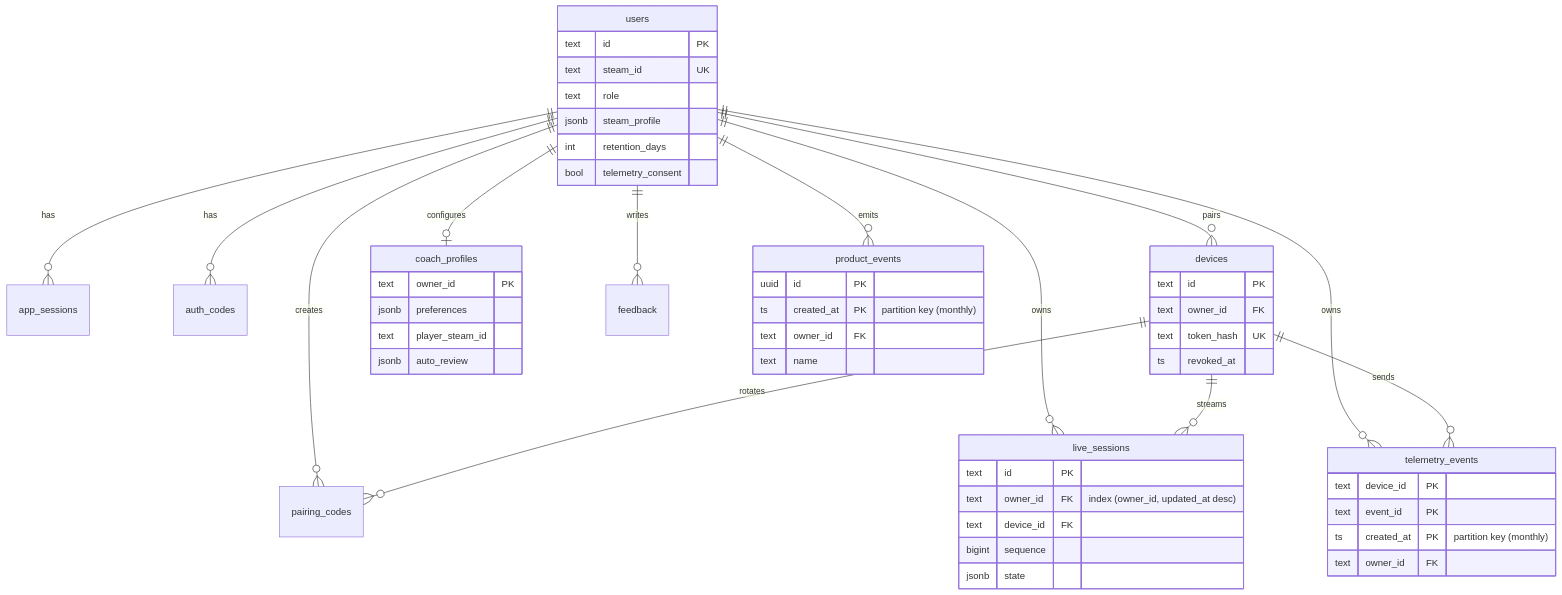
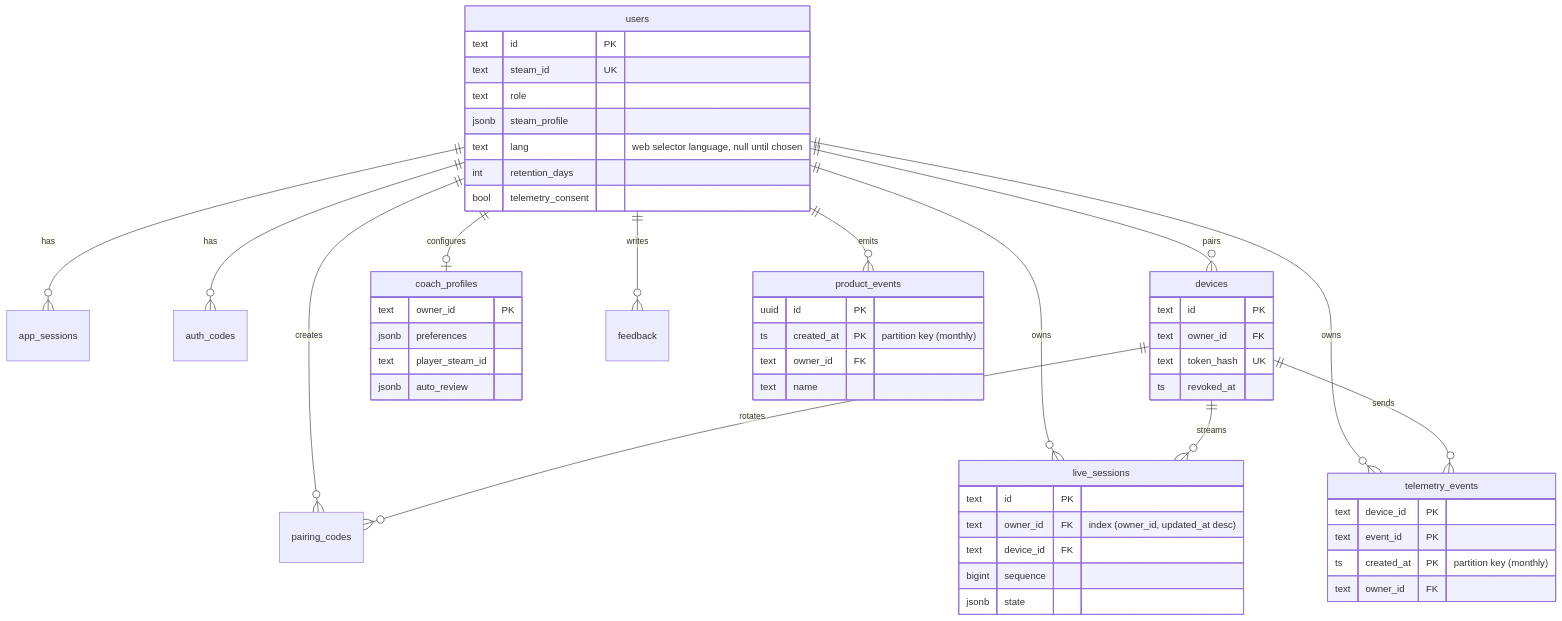
One commit to marcus-girolneto/cs2-live-intelligence changed the first of 3 diagrams in docs/DATABASE.md. Above: the diagram before and after it, drawn with Mermaid. The commit also changed 52 other files, not shown here.

````diff
--- a/docs/DATABASE.md
+++ b/docs/DATABASE.md
@@ -29,55 +29,56 @@
 ```mermaid
 erDiagram
   users ||--o{ app_sessions : "has"
   users ||--o{ auth_codes : "has"
   users ||--o{ devices : "pairs"
   users ||--o{ pairing_codes : "creates"
   devices ||--o{ pairing_codes : "rotates"
   users ||--o{ live_sessions : "owns"
   devices ||--o{ live_sessions : "streams"
   users ||--o{ telemetry_events : "owns"
   devices ||--o{ telemetry_events : "sends"
   users ||--o| coach_profiles : "configures"
   users ||--o{ feedback : "writes"
   users ||--o{ product_events : "emits"
 
   users {
     text id PK
     text steam_id UK
     text role
     jsonb steam_profile
+    text lang "web selector language, null until chosen"
     int retention_days
     bool telemetry_consent
   }
   devices {
     text id PK
     text owner_id FK
     text token_hash UK
     ts revoked_at
   }
   live_sessions {
     text id PK
     text owner_id FK "index (owner_id, updated_at desc)"
     text device_id FK
     bigint sequence
     jsonb state
   }
   telemetry_events {
     text device_id PK
     text event_id PK
     ts created_at PK "partition key (monthly)"
     text owner_id FK
   }
   product_events {
     uuid id PK
     ts created_at PK "partition key (monthly)"
     text owner_id FK
     text name
   }
   coach_profiles {
     text owner_id PK
     jsonb preferences
     text player_steam_id
     jsonb auto_review
   }
 ```
````
